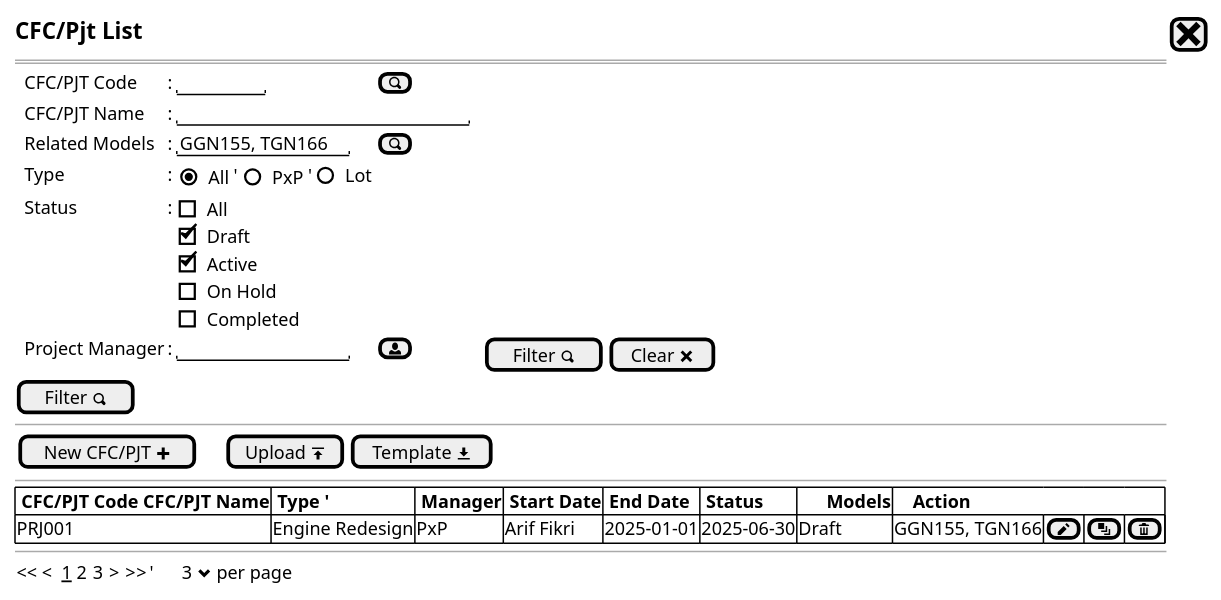
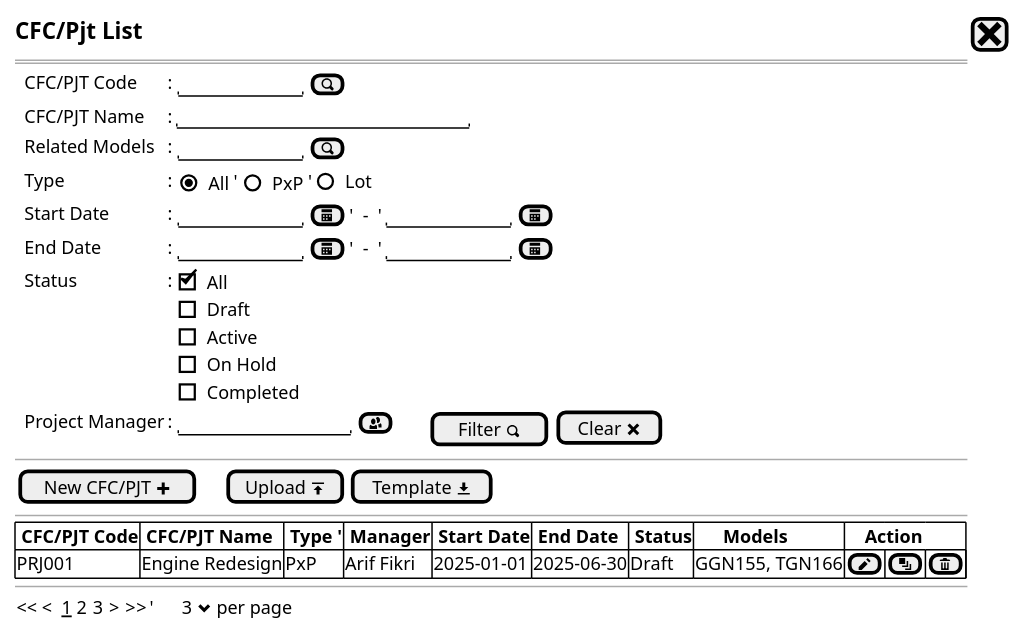
Before and after one commit to ari-fikri/packing-cost-mockup: the diagram in Project/project - new step0a.puml, drawn with PlantUML. The commit also changed 2 other files, not shown here.

Commit message:
Project CRUD - Add start/end date filter - Add lookup project mgr button - CFC/Pjt Code to replace Project Code in header and field name

```diff
--- a/Project/project - new step0a.puml
+++ b/Project/project - new step0a.puml
@@ -1,36 +1,36 @@
 @startsalt
 {
   <size:15><b>CFC/Pjt List|[<size:25><&x>]|*
   ==
   {
-    .|CFC/PJT Code      |: |"       "|[<&magnifying-glass>]|*
+    .|CFC/PJT Code      |: {|"          "|[<&magnifying-glass>]|}*
     .|CFC/PJT Name      |: |"                        "|*    
-    .|Related Models    |: |"GGN155, TGN166"| [<&magnifying-glass>]|*
+    .|Related Models    |: {|"          "| [<&magnifying-glass>]|}*
     .|Type              |: {|{(X)All}   '|    {()PxP}        '|   ()Lot}
+    .|Start Date        |: {"          "|[<&calendar>] |'  -  '| "          "|[<&calendar>]  }*
+    .|End Date          |: {"          "|[<&calendar>] |'  -  '| "          "|[<&calendar>]  }*
     .|Status |:|
     {
-      [ ] All
-      [X] Draft
-      [X] Active
-      [ ] On Hold
-      [ ] Completed
+      [X] All
+      [] Draft
+      [] Active
+      [] On Hold
+      [] Completed
     }|*
-    .|Project Manager |: |"              "|[<&person>]|.|[Filter <&magnifying-glass>]|[Clear <&x>]
-  }
-  [Filter <&magnifying-glass>]|
-  .
+    .|Project Manager |: {|"              "|[<&people>]|.|.|.|.||[Filter <&magnifying-glass>]}|[Clear <&x>]
+}
   --
   {
   [New CFC/PJT <&plus>]|.|.|.|[Upload <&data-transfer-upload>]| [Template <&data-transfer-download>]|*
   }
   --
   {#
-    |<b> CFC/PJT Code<b> CFC/PJT Name          |<b> Type '|<b> Manager         |<b> Start Date |<b> End Date   |<b> Status     |<b>      Models     |<b>    Action |*|*|*|*|*|*|*
-    | PRJ001            | Engine Redesign           |PxP    | Arif Fikri         | 2025-01-01    | 2025-06-30    | Draft         | GGN155, TGN166     |[<&pencil>]|[<&layers>]|[<&trash>]|*
+    |<b> CFC/PJT Code | <b> CFC/PJT Name          |<b> Type '|<b> Manager         |<b> Start Date |<b> End Date   |<b> Status     |<b>      Models     |<b>    Action |*|*|*|*|*|*|*
+    | PRJ001          | Engine Redesign           |PxP    | Arif Fikri         | 2025-01-01    | 2025-06-30    | Draft         | GGN155, TGN166     |[<&pencil>]|[<&layers>]|[<&trash>]|*
   }
   --
   {
   << <  __1__ 2 3  > >>  |'      3 <&chevron-bottom> per page |*
   }
 }
 @endsalt
```
